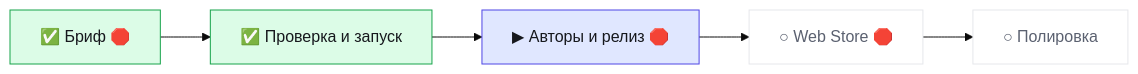
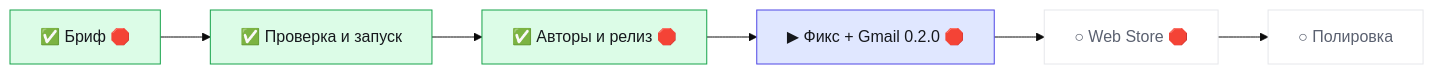
Before and after one commit to helpfulbriefl/topath-saver: the diagram in .bro/STATUS.md, drawn with Mermaid (base theme). The commit also changed other lines of this file and 39 other files, not shown here.

````diff
--- a/.bro/STATUS.md
+++ b/.bro/STATUS.md
@@ -8,18 +8,20 @@
 ```mermaid
 flowchart LR
   n0["✅ Бриф 🛑"]:::done
   n1["✅ Проверка и запуск"]:::done
   n0 --> n1
-  n2["▶ Авторы и релиз 🛑"]:::run
+  n2["✅ Авторы и релиз 🛑"]:::done
   n1 --> n2
-  n3["○ Web Store 🛑"]:::todo
+  n3["▶ Фикс + Gmail 0.2.0 🛑"]:::run
   n2 --> n3
-  n4["○ Полировка"]:::todo
+  n4["○ Web Store 🛑"]:::todo
   n3 --> n4
+  n5["○ Полировка"]:::todo
+  n4 --> n5
   classDef done fill:#DCFCE7,stroke:#16A34A,color:#16181D
   classDef run fill:#E0E7FF,stroke:#4F46E5,color:#16181D
   classDef wait fill:#FEF3C7,stroke:#D97706,color:#16181D
   classDef todo fill:#FFFFFF,stroke:#E6E7EB,color:#5B6170
   classDef pause fill:#F3F4F6,stroke:#9CA3AF,color:#5B6170
   classDef frozen fill:#F3F4F6,stroke:#9CA3AF,color:#5B6170
 ```
````
